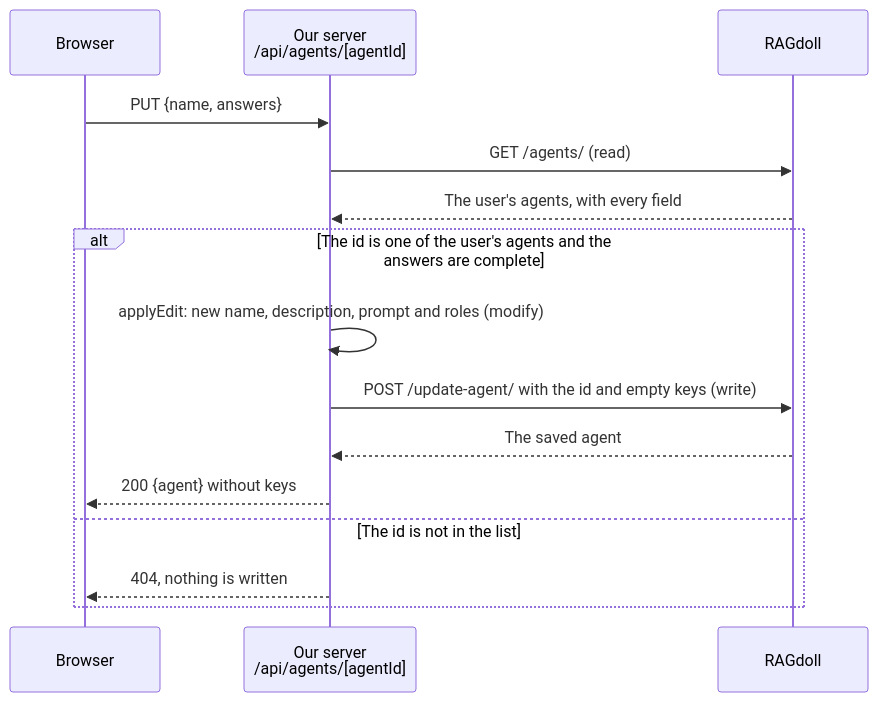
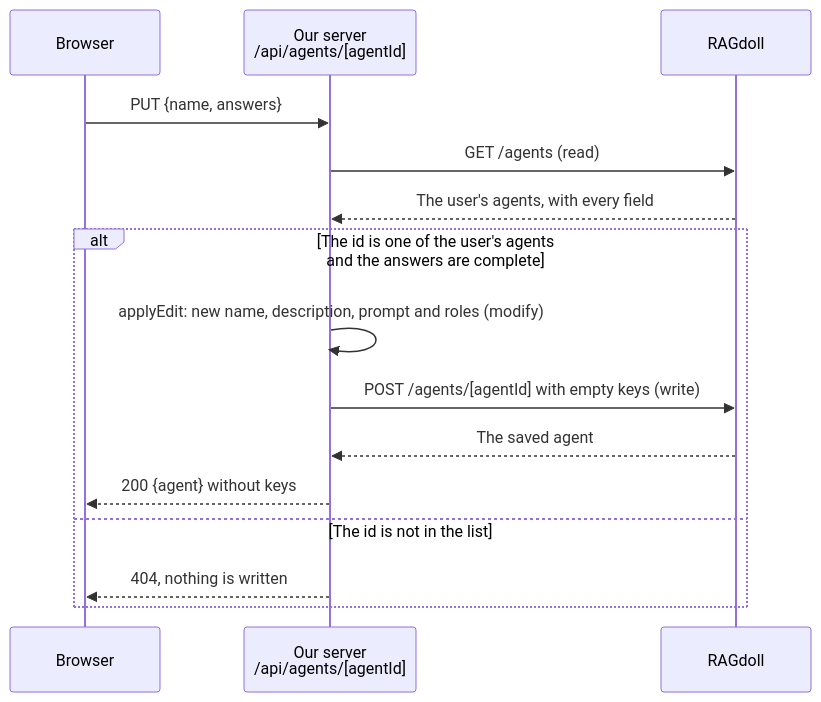
One commit to IMTEL/team-tdt4290-fall-2026 changed the fourth of 7 diagrams in docs/architecture.md. Above: the diagram before and after it, drawn with Mermaid. The commit also changed other lines of this file and 2 other files, not shown here.

````diff
--- a/docs/architecture.md
+++ b/docs/architecture.md
@@ -194,18 +194,18 @@
 ```mermaid
 sequenceDiagram
     participant B as Browser
     participant N as Our server<br/>/api/agents/[agentId]
     participant R as RAGdoll
 
     B->>N: PUT {name, answers}
-    N->>R: GET /agents/ (read)
+    N->>R: GET /agents (read)
     R-->>N: The user's agents, with every field
     alt The id is one of the user's agents and the answers are complete
         N->>N: applyEdit: new name, description, prompt and roles (modify)
-        N->>R: POST /update-agent/ with the id and empty keys (write)
+        N->>R: POST /agents/[agentId] with empty keys (write)
         R-->>N: The saved agent
         N-->>B: 200 {agent} without keys
     else The id is not in the list
         N-->>B: 404, nothing is written
     end
 ```
````
